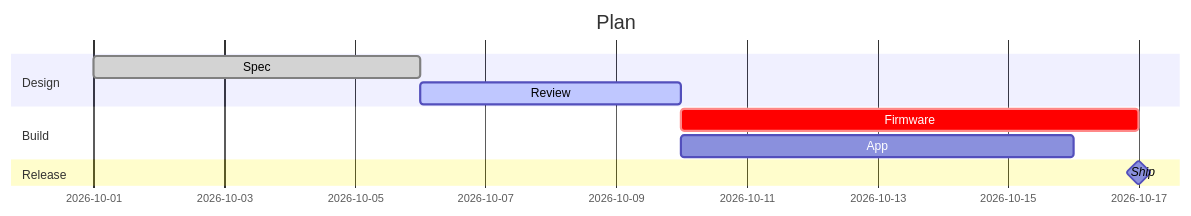
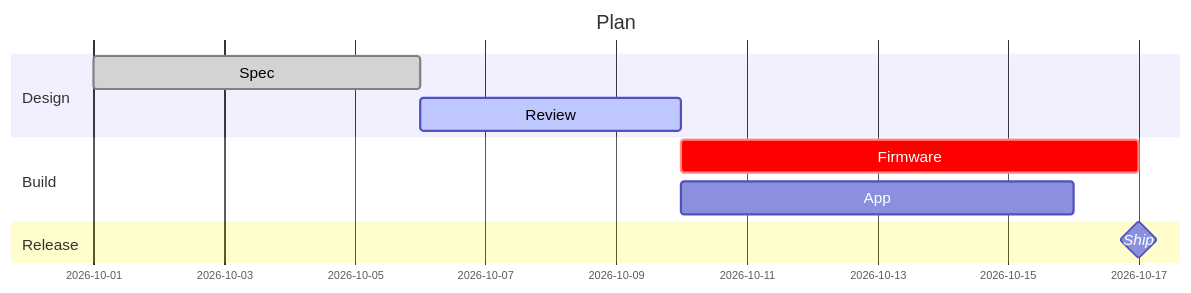
The eighth of 34 diagrams in _Meta/Mermaid Preview.md (zelvet-velvet/agent-worklog-vault), drawn with Mermaid before and after one commit. The commit also changed other lines of this file and 4 other files, not shown here.

Commit message:
style(mermaid): solid fills, white label chips, taller gantt / packet, highlight hugs text

````diff
--- a/_Meta/Mermaid Preview.md
+++ b/_Meta/Mermaid Preview.md
@@ -345,13 +341,21 @@
 ```mermaid
+---
+config:
+  gantt:
+    barHeight: 30
+    barGap: 8
+    fontSize: 14
+    sectionFontSize: 14
+---
 gantt
     title Plan
     dateFormat YYYY-MM-DD
     section Design
         Spec          :done, d1, 2026-10-01, 5d
         Review        :active, d2, after d1, 4d
     section Build
         Firmware      :crit, b1, after d2, 7d
         App           :b2, after d2, 6d
     section Release
         Ship          :milestone, m1, after b1, 0d
 ```
````
